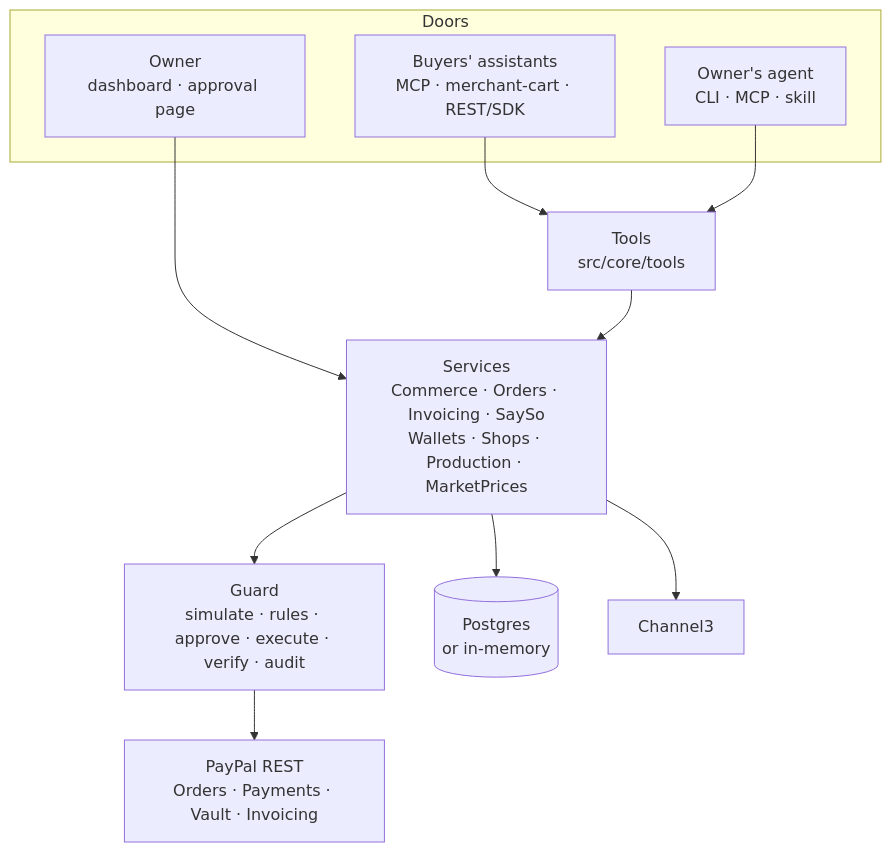
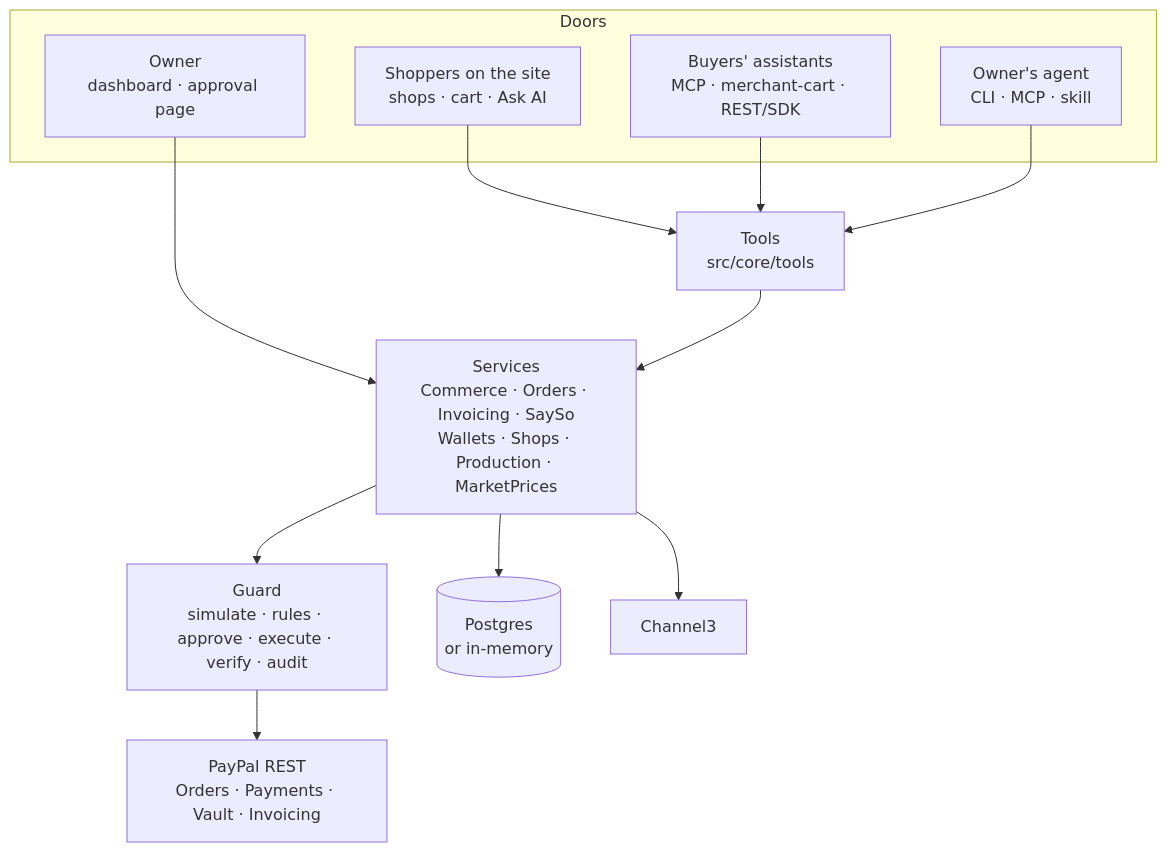
Before and after one commit to Elioz404/Sayso: the second of 2 diagrams in README.md, drawn with Mermaid. The commit also changed other lines of this file and 6 other files, not shown here.

````diff
--- a/README.md
+++ b/README.md
@@ -187,16 +189,18 @@
 ```mermaid
 flowchart TB
   subgraph Doors
+    H[Shoppers on the site<br/>shops · cart · Ask AI]
     B[Buyers' assistants<br/>MCP · merchant-cart · REST/SDK]
     S[Owner's agent<br/>CLI · MCP · skill]
     W[Owner<br/>dashboard · approval page]
   end
+  H --> T
   B --> T[Tools<br/>src/core/tools]
   S --> T
   W --> SV
   T --> SV[Services<br/>Commerce · Orders · Invoicing · SaySo<br/>Wallets · Shops · Production · MarketPrices]
   SV --> G[Guard<br/>simulate · rules · approve · execute · verify · audit]
   G --> P[PayPal REST<br/>Orders · Payments · Vault · Invoicing]
   SV --> DB[(Postgres<br/>or in-memory)]
   SV --> C3[Channel3]
 ```
````
